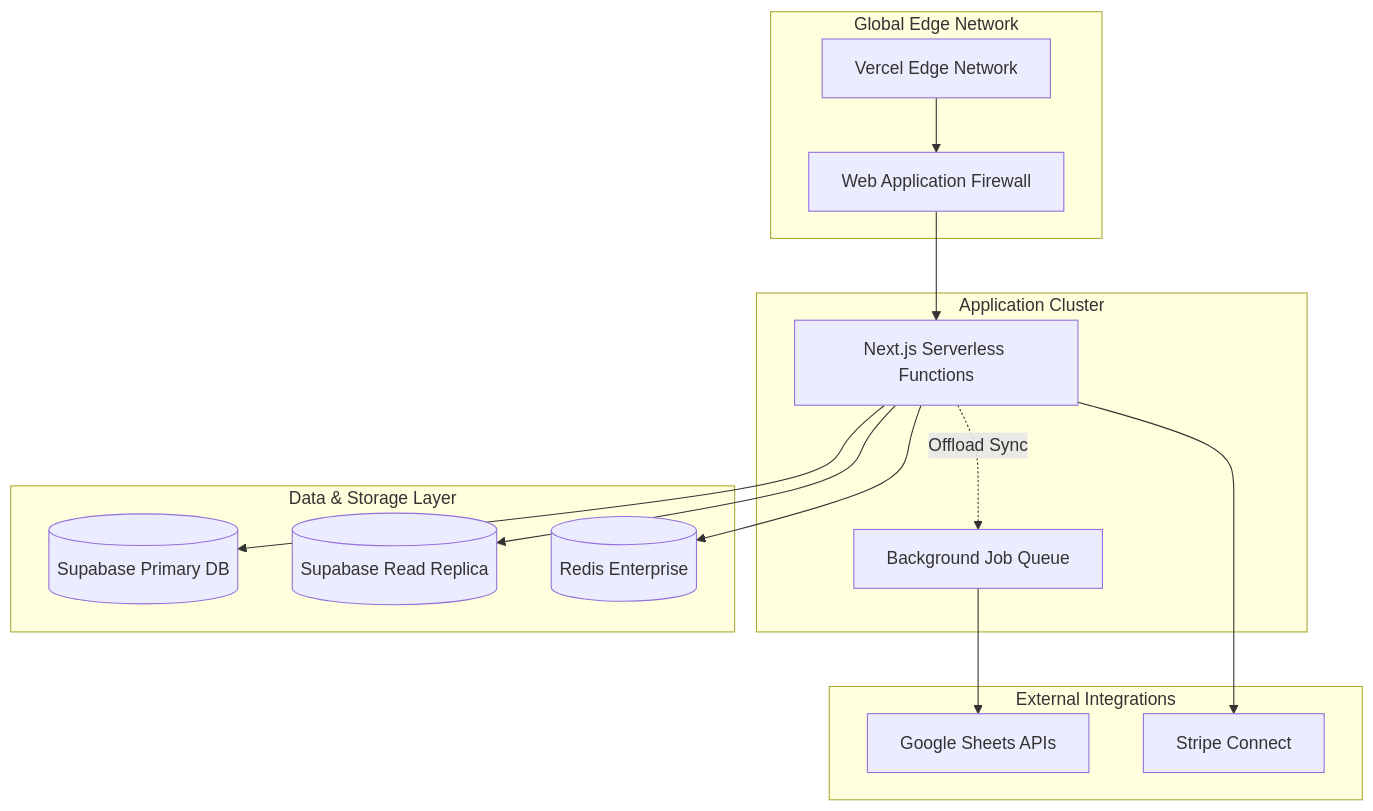
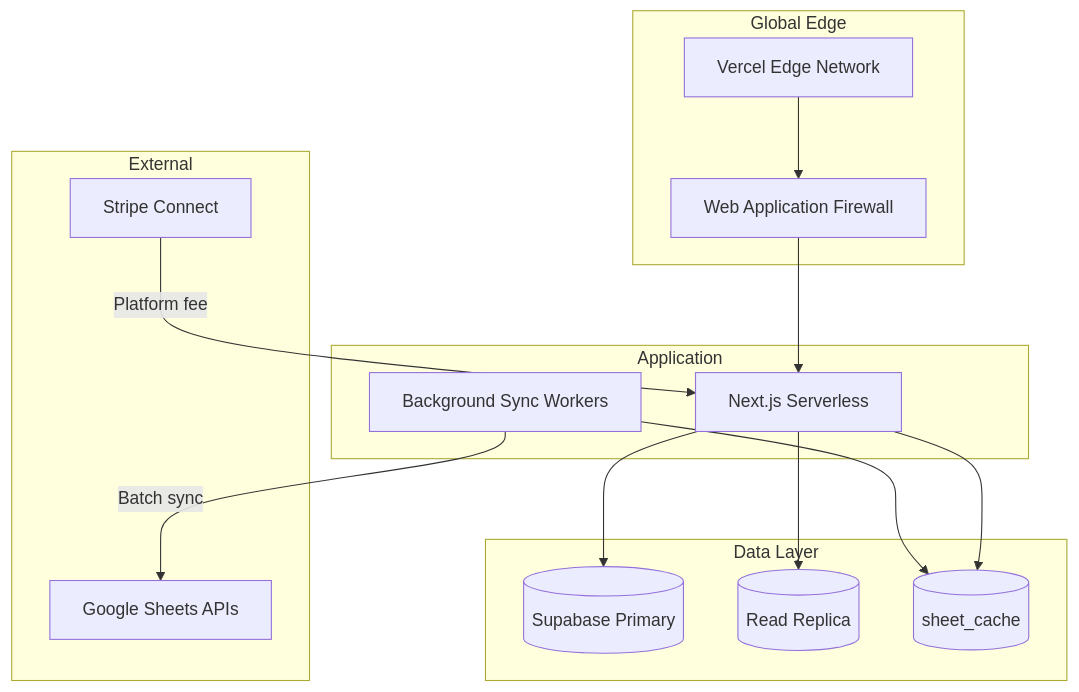
One commit to baoln1412/project-planning changed the fifth of 6 diagrams in projects/dashboard-hub/architecture.md. Above: the diagram before and after it, drawn with Mermaid. The commit also changed other lines of this file and 30 other files, not shown here.

````diff
--- a/projects/dashboard-hub/architecture.md
+++ b/projects/dashboard-hub/architecture.md
@@ -115,31 +170,31 @@
 ```mermaid
 graph TB
-    subgraph "Global Edge Network"
-        CDN[Vercel Edge Network]
-        WAF[Web Application Firewall]
+    subgraph "Global Edge"
+        CDN["Vercel Edge Network"]
+        WAF["Web Application Firewall"]
     end
 
-    subgraph "Application Cluster"
-        API[Next.js Serverless Functions]
-        Workers[Background Job Queue]
+    subgraph "Application"
+        API3["Next.js Serverless"]
+        Workers["Background Sync Workers"]
     end
 
-    subgraph "Data & Storage Layer"
-        Primary[(Supabase Primary DB)]
-        Replica[(Supabase Read Replica)]
-        Cache[(Redis Enterprise)]
+    subgraph "Data Layer"
+        Primary[("Supabase Primary")]
+        Replica[("Read Replica")]
+        Cache3[("sheet_cache")]
     end
 
-    subgraph "External Integrations"
-        Google[Google Sheets APIs]
-        Stripe[Stripe Connect]
+    subgraph "External"
+        Google3["Google Sheets APIs"]
+        StripeConnect["Stripe Connect"]
     end
 
-    CDN --> WAF --> API
-    API --> Cache
-    API --> Primary
-    API --> Replica
-    API --> Stripe
-    API -.->|Offload Sync| Workers
-    Workers --> Google
+    CDN --> WAF --> API3
+    API3 --> Primary
+    API3 --> Replica
+    API3 --> Cache3
+    Workers -->|"Batch sync"| Google3
+    Workers --> Cache3
+    StripeConnect -->|"Platform fee"| API3
 ```
````
